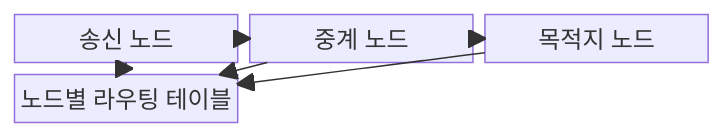
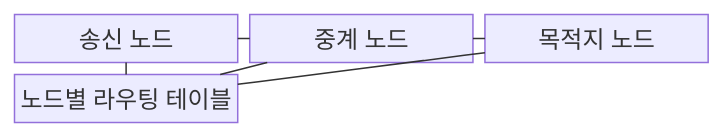
The first of 2 diagrams in src/content/docs/notes/04-network/053_ad_hoc_aodv.md (agnusdei1207/knowledge-base), drawn with Mermaid before and after one commit. The commit also changed other lines of this file and 493 other files, not shown here.

````diff
--- a/src/content/docs/notes/04-network/053_ad_hoc_aodv.md
+++ b/src/content/docs/notes/04-network/053_ad_hoc_aodv.md
@@ -67,13 +67,13 @@
 ```mermaid
 block-beta
     columns 3
     A["송신 노드"]
     B["중계 노드"]
     C["목적지 노드"]
     D["노드별 라우팅 테이블"]
-    A --> B
-    B --> C
-    A --> D
-    B --> D
-    C --> D
+    A --- B
+    B --- C
+    A --- D
+    B --- D
+    C --- D
 ```
````
